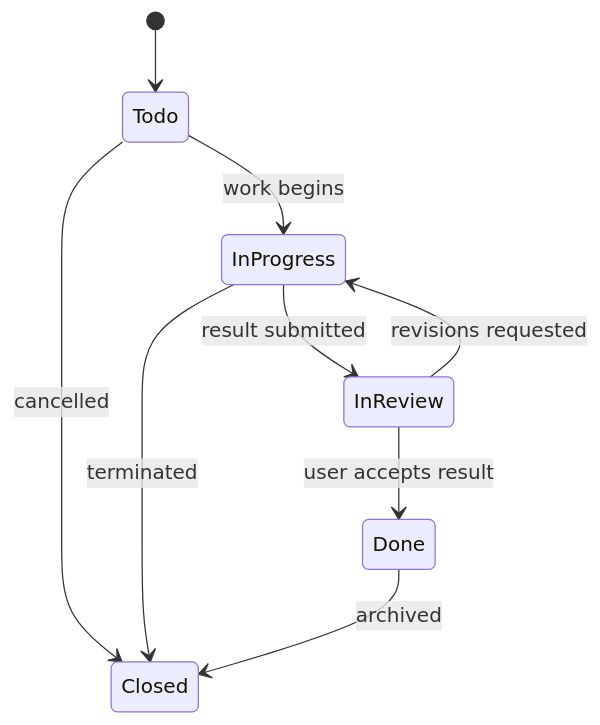
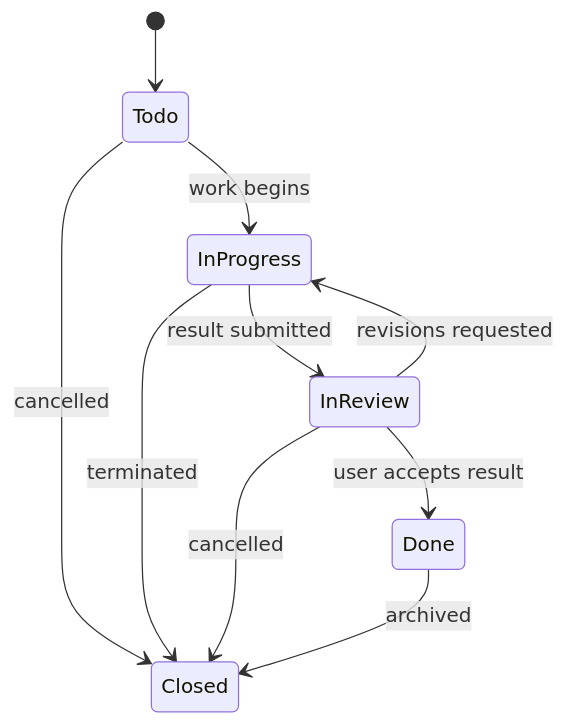
Before and after one commit to leedalei/Slei: the third of 6 diagrams in docs/superpowers/specs/2026-05-27-slei-product-architecture-design.md, drawn with Mermaid. The commit also changed other lines of this file and 9 other files, not shown here.

````diff
--- a/docs/superpowers/specs/2026-05-27-slei-product-architecture-design.md
+++ b/docs/superpowers/specs/2026-05-27-slei-product-architecture-design.md
@@ -268,11 +349,12 @@
 ```mermaid
 stateDiagram-v2
   [*] --> Todo
   Todo --> InProgress: work begins
   InProgress --> InReview: result submitted
   InReview --> InProgress: revisions requested
   InReview --> Done: user accepts result
   Todo --> Closed: cancelled
   InProgress --> Closed: terminated
+  InReview --> Closed: cancelled
   Done --> Closed: archived
 ```
````
